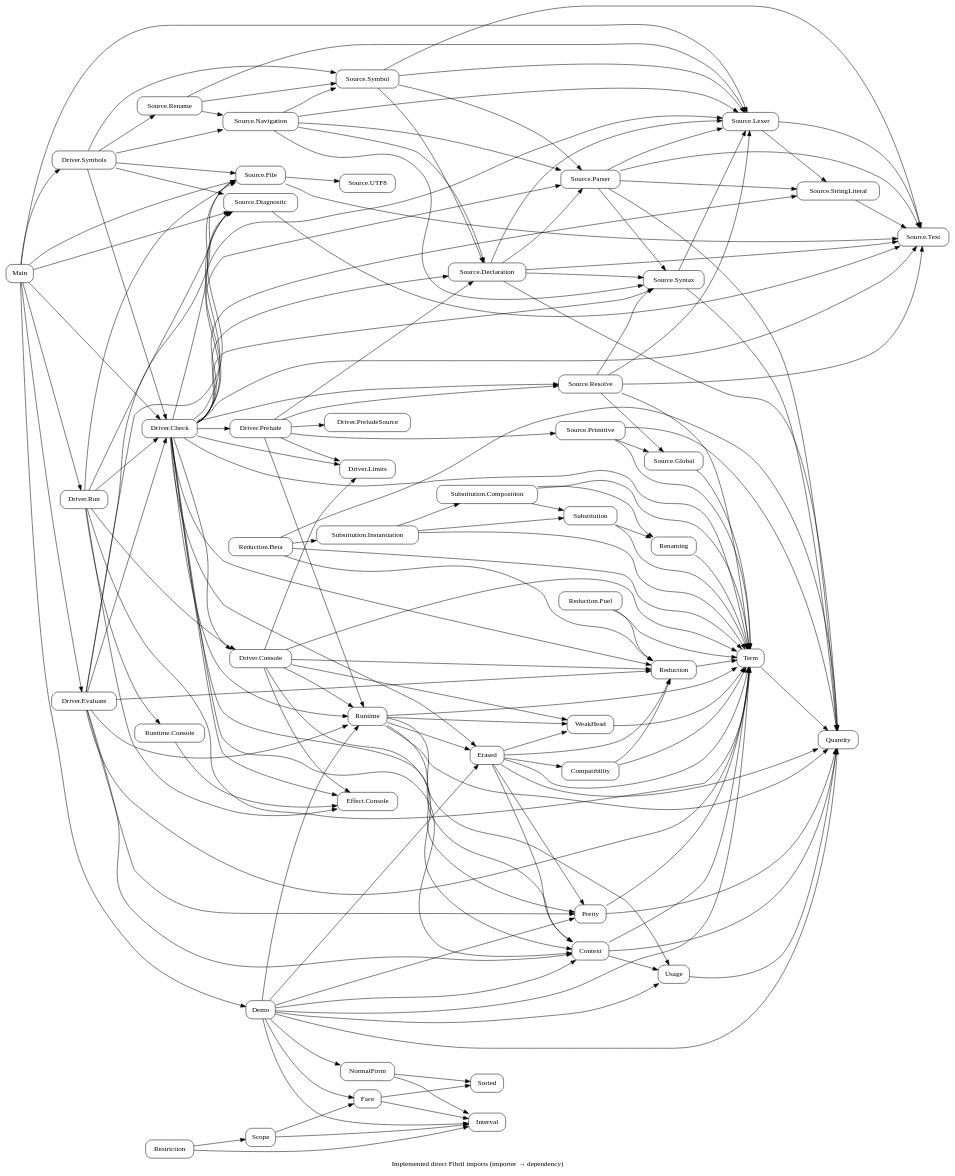
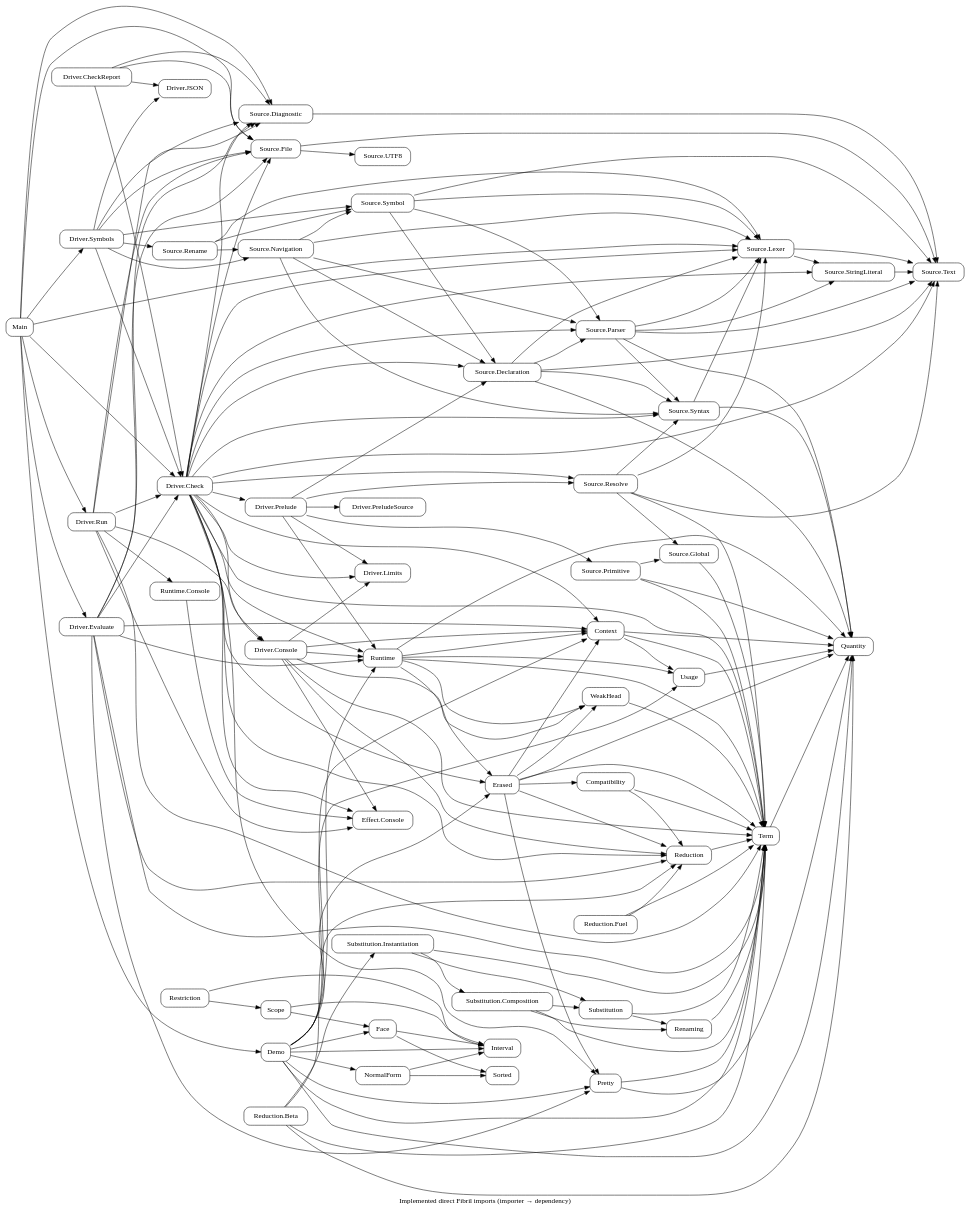
Before and after one commit to odunboye/fibril: the diagram in docs/diagrams/modules.dot, drawn with Graphviz. The commit also changed 15 other files, not shown here.

Commit message:
Expose structured runtime-check reports with honest source locations

```diff
--- a/docs/diagrams/modules.dot
+++ b/docs/diagrams/modules.dot
@@ -1,46 +1,47 @@
 digraph Modules {
 rankdir=LR; node [shape=box,style=rounded];
 "Source.File" -> {"Source.UTF8" "Source.Text"};
 Main -> {"Source.File" "Source.Lexer" "Source.Diagnostic"};
 "Source.Diagnostic" -> "Source.Text";
 "Source.Declaration" -> {Quantity "Source.Text" "Source.Lexer" "Source.Syntax" "Source.Parser"};
 "Source.Lexer" -> {"Source.Text" "Source.StringLiteral"};
 "Source.StringLiteral" -> "Source.Text";
 "Driver.Console" -> {Context Term Runtime Reduction WeakHead "Effect.Console" "Driver.Limits"};
 "Runtime.Console" -> "Effect.Console";
 "Driver.Run" -> {Term "Source.File" "Source.Diagnostic" "Effect.Console" "Runtime.Console" "Driver.Check" "Driver.Console"};
 "Source.Syntax" -> {Quantity "Source.Lexer"};
 "Source.Parser" -> {Quantity "Source.Text" "Source.Lexer" "Source.Syntax" "Source.StringLiteral"};
 "Source.Resolve" -> {Term "Source.Text" "Source.Lexer" "Source.Syntax" "Source.Global"};
 "Driver.Check" -> {"Source.Text" "Source.Lexer" "Source.Syntax" "Source.Parser" "Source.Declaration" "Source.StringLiteral" "Source.Resolve" "Source.File" "Source.Diagnostic" Term Context Pretty Erased Runtime "Driver.Console" "Effect.Console"};
 "Driver.Prelude" -> {Runtime "Source.Declaration" "Source.Resolve" "Source.Primitive" "Driver.PreludeSource" "Driver.Limits"};
 "Source.Primitive" -> {"Source.Global" Term Quantity};
 "Source.Global" -> Term;
 "Driver.Check" -> {"Driver.Prelude" "Driver.Limits" Reduction};
 "Source.Rename" -> {"Source.Navigation" "Source.Symbol" "Source.Lexer"};
-"Driver.Symbols" -> "Source.Rename";
+"Driver.Symbols" -> {"Source.Rename" "Driver.JSON"};
+"Driver.CheckReport" -> {"Driver.Check" "Driver.JSON" "Source.File" "Source.Diagnostic"};
 "Source.Navigation" -> {"Source.Symbol" "Source.Declaration" "Source.Parser" "Source.Lexer" "Source.Syntax"};
 "Driver.Symbols" -> "Source.Navigation";
 "Source.Symbol" -> {"Source.Declaration" "Source.Parser" "Source.Lexer" "Source.Text"};
 "Driver.Symbols" -> {"Source.Symbol" "Driver.Check" "Source.File" "Source.Diagnostic"};
 Main -> {"Driver.Symbols" "Driver.Check" "Driver.Evaluate" "Driver.Run"};
 "Driver.Evaluate" -> {Context Term Pretty Reduction Runtime "Source.File" "Source.Diagnostic" "Driver.Check"};
 Quantity; Interval; NormalForm; Face; Scope; Restriction; Term;
 NormalForm -> {Interval Sorted}; Face -> {Interval Sorted};
 Scope -> {Interval Face}; Restriction -> {Interval Scope};
 Demo -> {Quantity Term Context Usage Pretty Erased Runtime Interval NormalForm Face};
 Main -> Demo;
 Pretty -> {Quantity Term};
 Term -> Quantity; Usage -> Quantity; Context -> {Quantity Term Usage};
 Reduction -> Term; WeakHead -> Term;
 Compatibility -> {Term Reduction};
 Renaming -> Term;
 Substitution -> {Term Renaming};
 "Substitution.Composition" -> {Term Renaming Substitution};
 "Substitution.Instantiation" -> {Term Substitution "Substitution.Composition"};
 "Reduction.Beta" -> {Quantity Term Reduction "Substitution.Instantiation"};
 "Reduction.Fuel" -> {Term Reduction};
 Erased -> {Quantity Term Pretty Context Compatibility WeakHead Reduction};
 Runtime -> {Quantity Term Context Usage WeakHead Erased};
 label="Implemented direct Fibril imports (importer → dependency)";
 }
```
